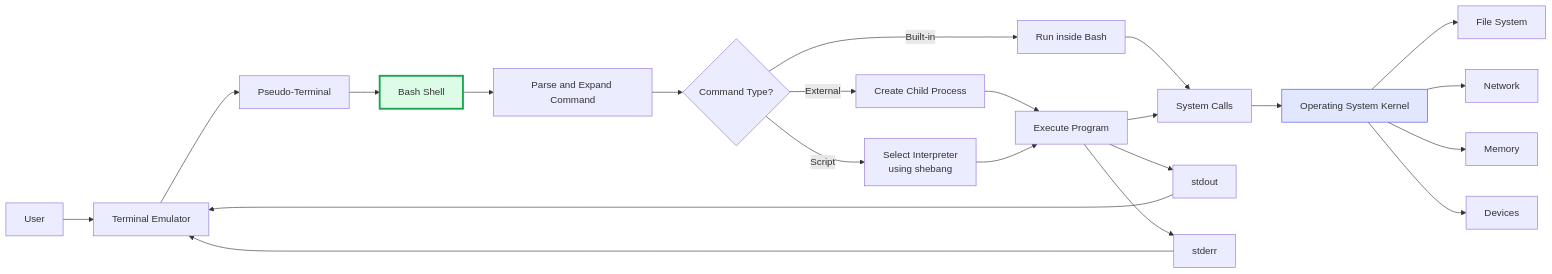
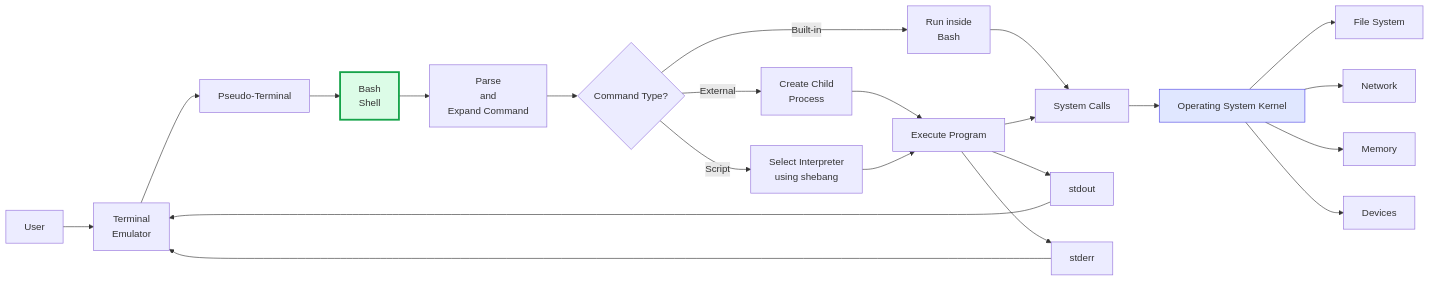
One commit to cybersecurity-dev/Awesome-Malicious-Shell-Script-Detection-Scientific-Research changed the diagram in README.md. Above: the diagram before and after it, drawn with Mermaid.

Commit message:
++small fix

````diff
--- a/README.md
+++ b/README.md
@@ -1,34 +1,34 @@
 ```mermaid
 flowchart LR
-    U["User"] --> T["Terminal Emulator"]
+    U["User"] --> T["Terminal<br/>Emulator"]
     T --> PTY["Pseudo-Terminal"]
-    PTY --> B["Bash Shell"]
-    B --> P["Parse and Expand Command"]
+    PTY --> B["Bash<br/>Shell"]
+    B --> P["Parse<br/>and<br/>Expand Command"]
     P --> R{"Command Type?"}
 
-    R -->|Built-in| BI["Run inside Bash"]
-    R -->|External| C["Create Child Process"]
+    R -->|Built-in| BI["Run inside<br/>Bash"]
+    R -->|External| C["Create Child<br/>Process"]
     R -->|Script| S["Select Interpreter<br/>using shebang"]
 
     C --> E["Execute Program"]
     S --> E
 
     BI --> SC["System Calls"]
     E --> SC
     SC --> K["Operating System Kernel"]
 
     K --> F["File System"]
     K --> N["Network"]
     K --> M["Memory"]
     K --> D["Devices"]
 
     E --> O["stdout"]
     E --> ER["stderr"]
     O --> T
     ER --> T
 
     classDef main fill:#dcfce7,stroke:#16a34a,stroke-width:3px
     classDef kernel fill:#e0e7ff,stroke:#4f46e5
     class B main
     class K kernel
 ```
````
